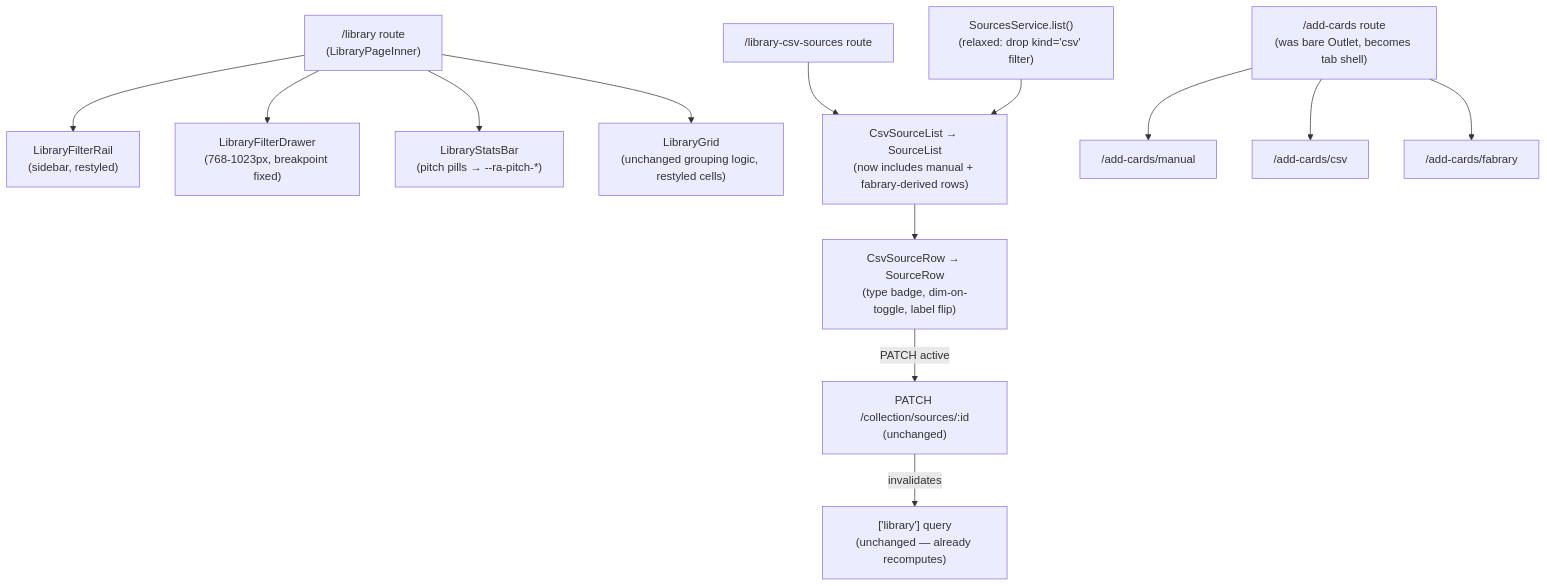
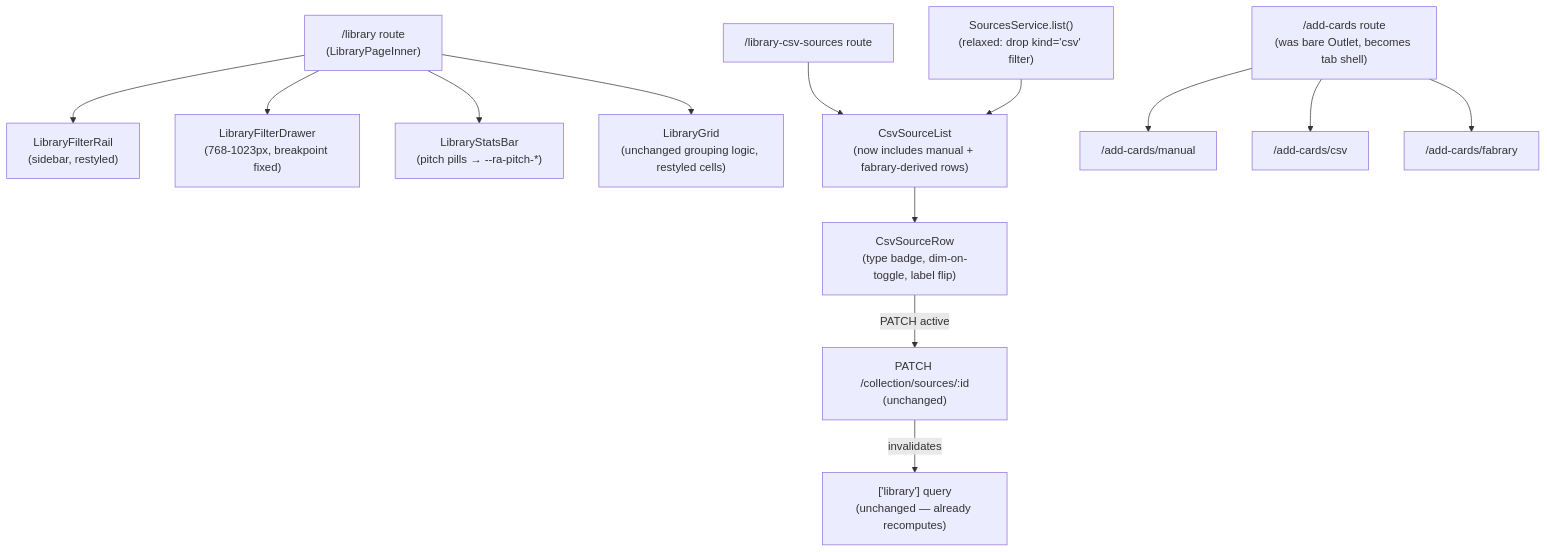
The diagram in .specs/features/product-redesign/design/04-collection-surfaces.md (leopoldo8/rathe-arsenal), drawn with Mermaid before and after one commit. The commit also changed other lines of this file and 3 other files, not shown here.

````diff
--- a/.specs/features/product-redesign/design/04-collection-surfaces.md
+++ b/.specs/features/product-redesign/design/04-collection-surfaces.md
@@ -24,18 +24,18 @@
 ```mermaid
 graph TD
     Lib["/library route\n(LibraryPageInner)"] --> Rail["LibraryFilterRail\n(sidebar, restyled)"]
     Lib --> Drawer["LibraryFilterDrawer\n(768-1023px, breakpoint fixed)"]
     Lib --> Stats["LibraryStatsBar\n(pitch pills → --ra-pitch-*)"]
     Lib --> Grid["LibraryGrid\n(unchanged grouping logic, restyled cells)"]
 
-    Src["/library-csv-sources route"] --> SrcList["CsvSourceList → SourceList\n(now includes manual + fabrary-derived rows)"]
-    SrcList --> SrcRow["CsvSourceRow → SourceRow\n(type badge, dim-on-toggle, label flip)"]
+    Src["/library-csv-sources route"] --> SrcList["CsvSourceList\n(now includes manual + fabrary-derived rows)"]
+    SrcList --> SrcRow["CsvSourceRow\n(type badge, dim-on-toggle, label flip)"]
     SrcRow -- PATCH active --> API["PATCH /collection/sources/:id\n(unchanged)"]
     API -- invalidates --> LibQuery["['library'] query\n(unchanged — already recomputes)"]
 
     Add["/add-cards route\n(was bare Outlet, becomes tab shell)"] --> Manual["/add-cards/manual"]
     Add --> Csv["/add-cards/csv"]
     Add --> Fab["/add-cards/fabrary"]
 
     SourcesSvc["SourcesService.list()\n(relaxed: drop kind='csv' filter)"] --> SrcList
 ```
````
